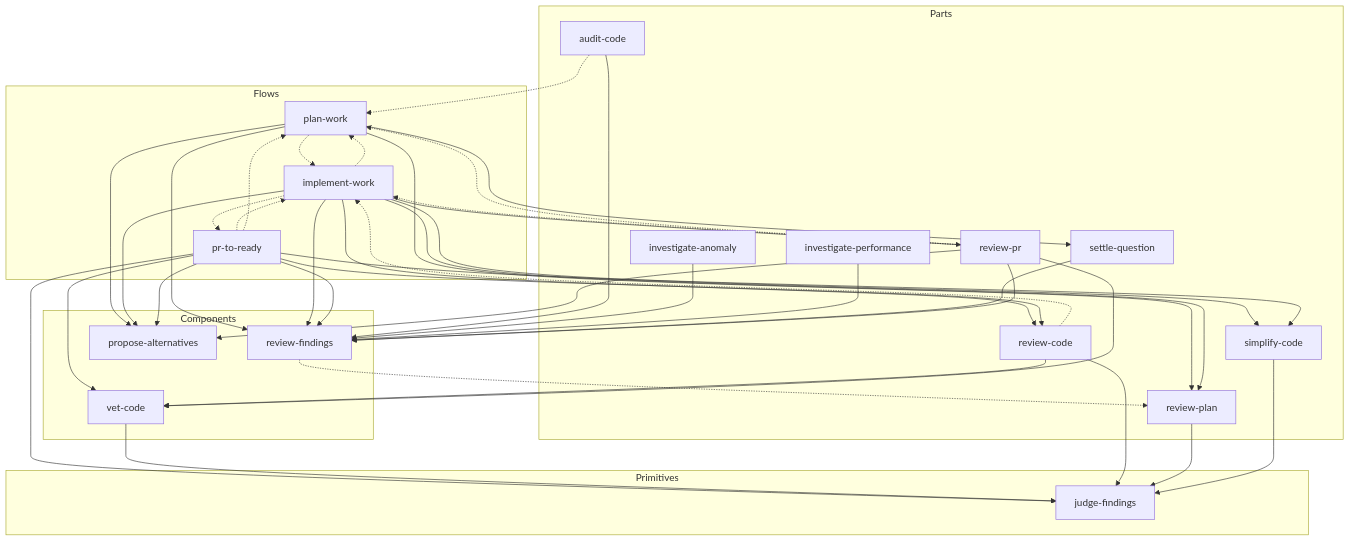
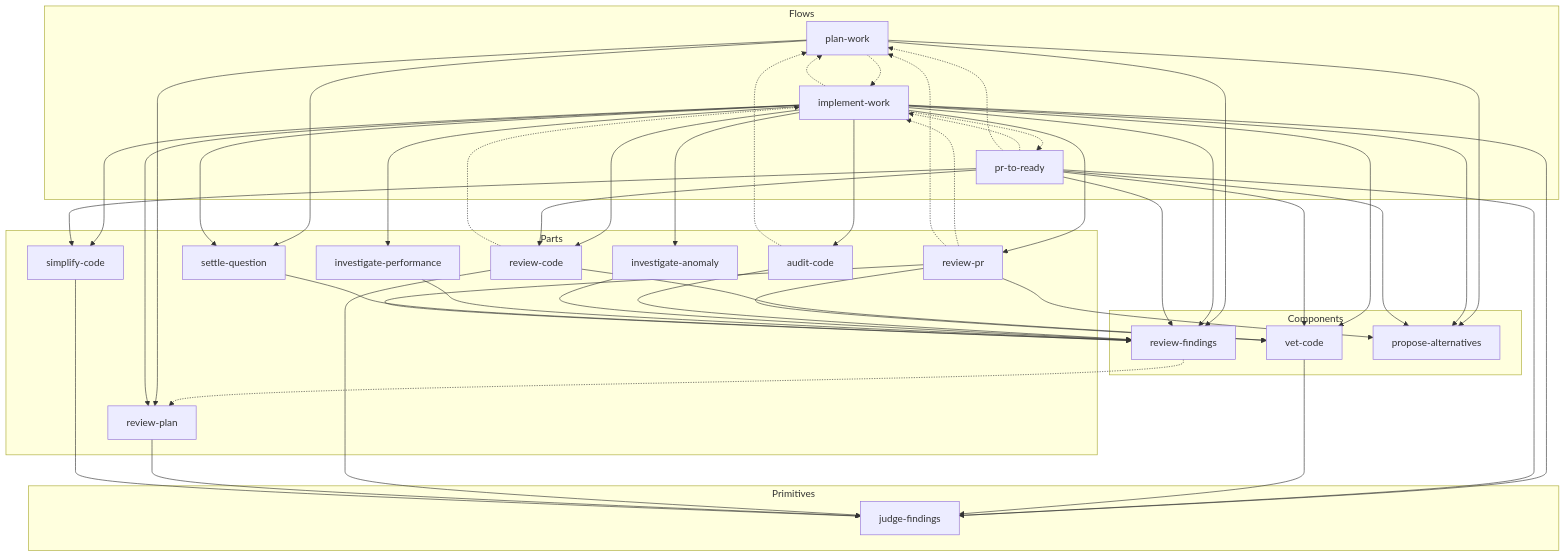
The first of 2 diagrams in README.md (yowcow/dude), drawn with Mermaid before and after one commit. The commit also changed 1 other file, not shown here.

Commit message:
文書: 計測レコードの根拠と全スキルのロスターを置く

````diff
--- a/README.md
+++ b/README.md
@@ -38,66 +38,72 @@
 ```mermaid
 flowchart TB
   subgraph Flows
     plan-work
     implement-work
     pr-to-ready
   end
   subgraph Parts
     review-code
     review-plan
     simplify-code
     review-pr
     audit-code
     settle-question
     investigate-anomaly
     investigate-performance
   end
   subgraph Components
     vet-code
     review-findings
     propose-alternatives
   end
   subgraph Primitives
     judge-findings
   end
 
   plan-work -.-> implement-work
   implement-work -.-> plan-work
   implement-work -.-> pr-to-ready
   pr-to-ready -.-> implement-work
   pr-to-ready -.-> plan-work
   review-code -.-> implement-work
   review-pr -.-> implement-work
   review-pr -.-> plan-work
   audit-code -.-> plan-work
   review-findings -.-> review-plan
 
   plan-work --> review-plan
   plan-work --> settle-question
   plan-work --> propose-alternatives
   plan-work --> review-findings
   implement-work --> review-code
   implement-work --> review-plan
   implement-work --> review-pr
   implement-work --> simplify-code
   implement-work --> propose-alternatives
   implement-work --> review-findings
+  implement-work --> audit-code
+  implement-work --> investigate-anomaly
+  implement-work --> investigate-performance
+  implement-work --> settle-question
+  implement-work --> vet-code
+  implement-work --> judge-findings
   pr-to-ready --> review-code
   pr-to-ready --> simplify-code
   pr-to-ready --> vet-code
   pr-to-ready --> judge-findings
   pr-to-ready --> propose-alternatives
   pr-to-ready --> review-findings
   audit-code --> review-findings
   investigate-anomaly --> review-findings
   investigate-performance --> review-findings
   settle-question --> review-findings
   review-code --> vet-code
   review-pr --> vet-code
   review-pr --> propose-alternatives
   review-pr --> review-findings
   vet-code --> judge-findings
   review-code --> judge-findings
   review-plan --> judge-findings
   simplify-code --> judge-findings
 ```
````
